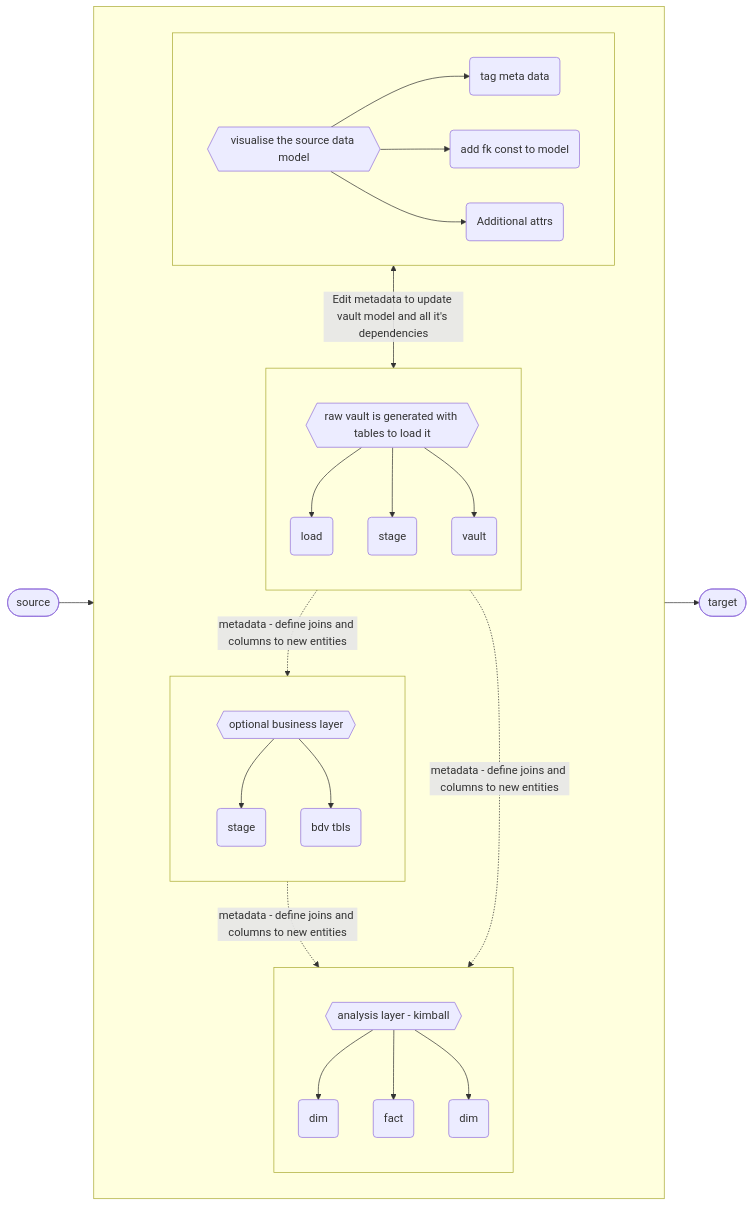
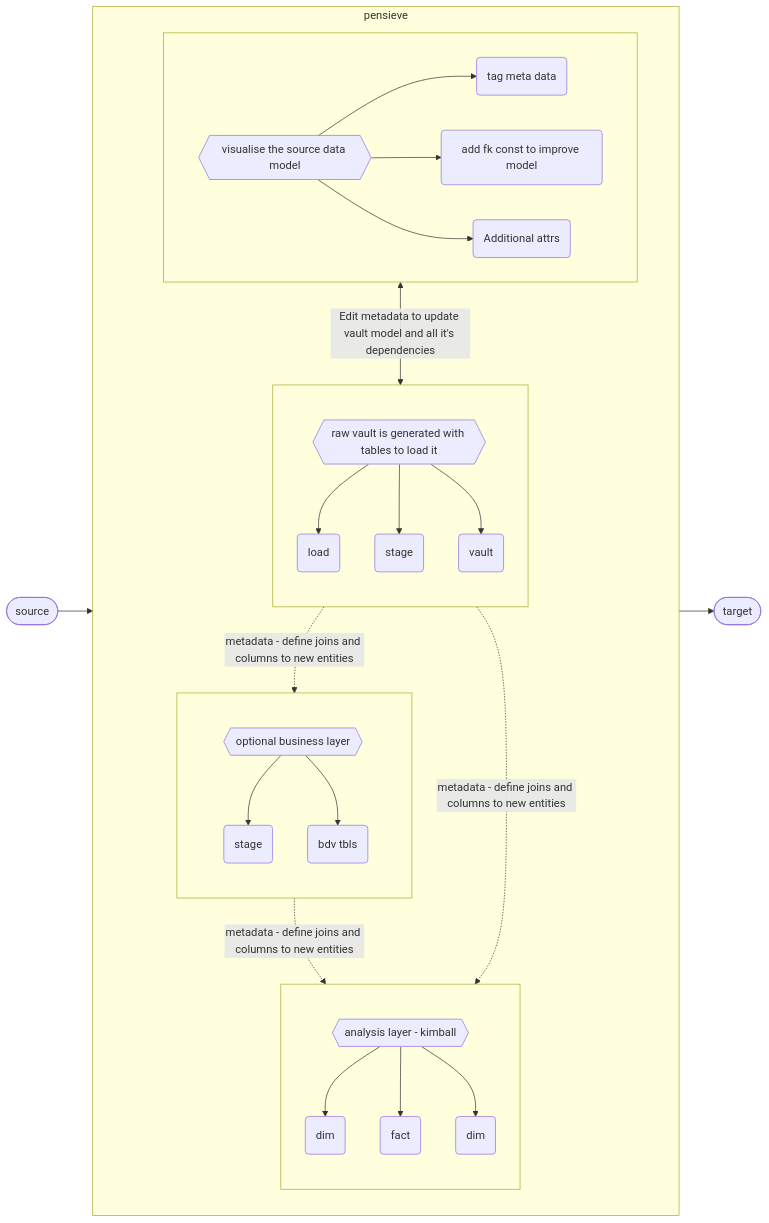
The first of 2 diagrams in README.md (bomfricketick/pensieve), drawn with Mermaid before and after one commit.

Commit message:
minor update

````diff
--- a/README.md
+++ b/README.md
@@ -7,36 +7,36 @@
 ```mermaid
 flowchart LR
-  subgraph pensieve [ ]
+  subgraph pensieve [pensieve]
     direction TB 
     subgraph meta [ ]
         direction LR
         s1{{visualise the source data model}} --> s2(tag meta data)
-        s1 --> s3(add fk const to model)
+        s1 --> s3(add fk const to improve model)
         s1 --> s4(Additional attrs)
     end
     subgraph vault [ ]
         direction TB
         a1{{raw vault is generated with tables to load it}} --> a(load)
         a1 --> b(stage)
         a1 --> c(vault)
     end
     subgraph business [ ]
         direction TB
         b1{{optional business layer}} --> b2(stage)
         b1 --> b3(bdv tbls)
     end
     subgraph analysis [ ]
         direction TB
         i1{{analysis layer - kimball}} --> i2(dim)
         i1 --> i3(fact)
         i1 --> i4(dim)
     end
   end
   A([source]) --> pensieve --> B([target])
   meta <-->|Edit metadata to update vault model and all it's dependencies| a1
   b3 -.->|metadata - define joins and columns to new entities| i1
   c -.->|metadata - define joins and columns to new entities| b1
   c -.-> |metadata - define joins and columns to new entities| i1 
 
 
 ```
````
